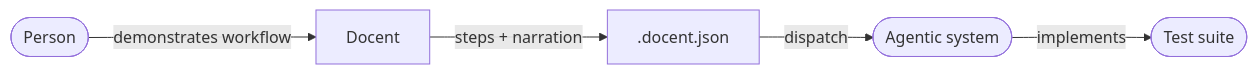
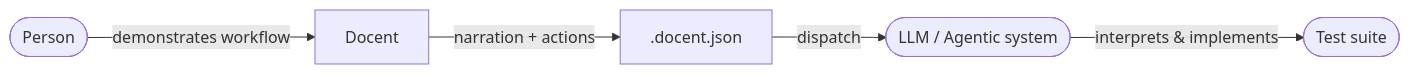
The first of 2 diagrams in README.md (Arsarneq/docent), drawn with Mermaid before and after one commit. The commit also changed other lines of this file and 127 other files, not shown here.

First line of the commit message:
Schema evolution + Simple Mode UI + Metadata Editor + CI/Infrastructure hardening (#18)

````diff
--- a/README.md
+++ b/README.md
@@ -37,7 +41,7 @@
 ```mermaid
 flowchart LR
     A([Person]) -->|demonstrates workflow| B[Docent]
-    B -->|steps + narration| C[.docent.json]
-    C -->|dispatch| D([Agentic system])
-    D -->|implements| E([Test suite])
+    B -->|narration + actions| C[.docent.json]
+    C -->|dispatch| D([LLM / Agentic system])
+    D -->|interprets & implements| E([Test suite])
 ```
````
